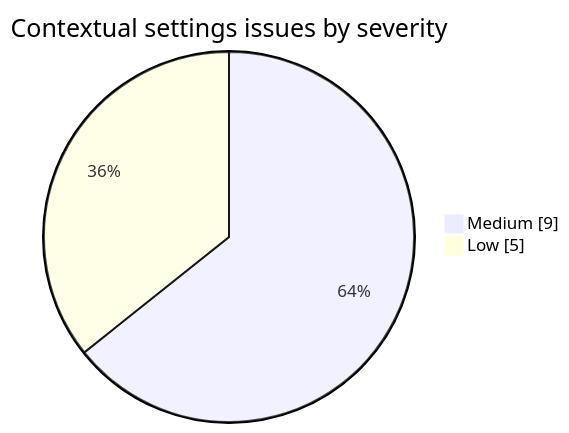
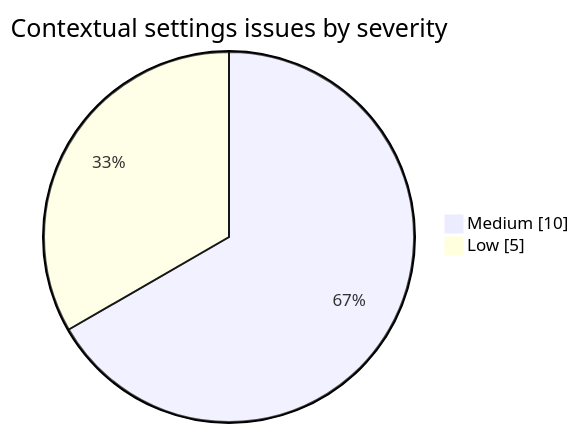
One commit to pranems/SCIMServer changed the first of 3 diagrams in docs/ENDPOINT_SETTINGS_CONTEXTUAL_UI_EXECUTION_RCA.md. Above: the diagram before and after it, drawn with Mermaid. The commit also changed other lines of this file and 5 other files, not shown here.

````diff
--- a/docs/ENDPOINT_SETTINGS_CONTEXTUAL_UI_EXECUTION_RCA.md
+++ b/docs/ENDPOINT_SETTINGS_CONTEXTUAL_UI_EXECUTION_RCA.md
@@ -17,6 +17,6 @@
 ```mermaid
 pie showData
     title Contextual settings issues by severity
-    "Medium" : 9
+    "Medium" : 10
     "Low" : 5
 ```
````
